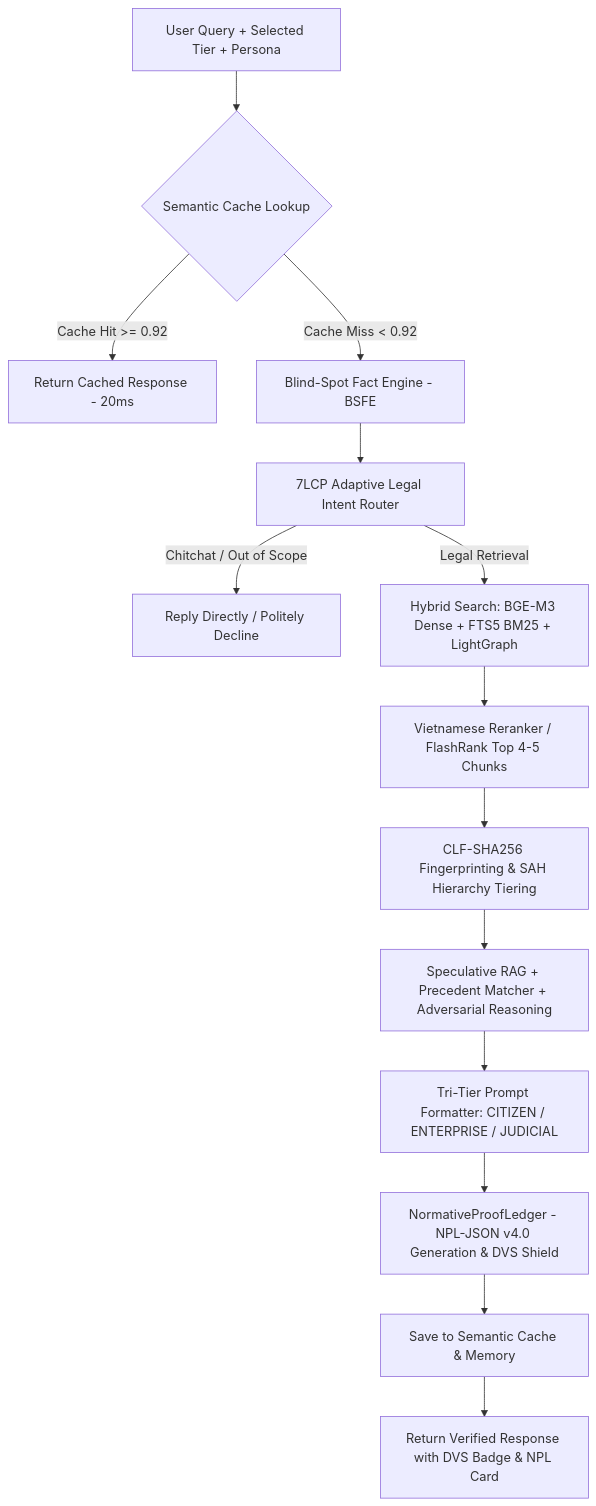
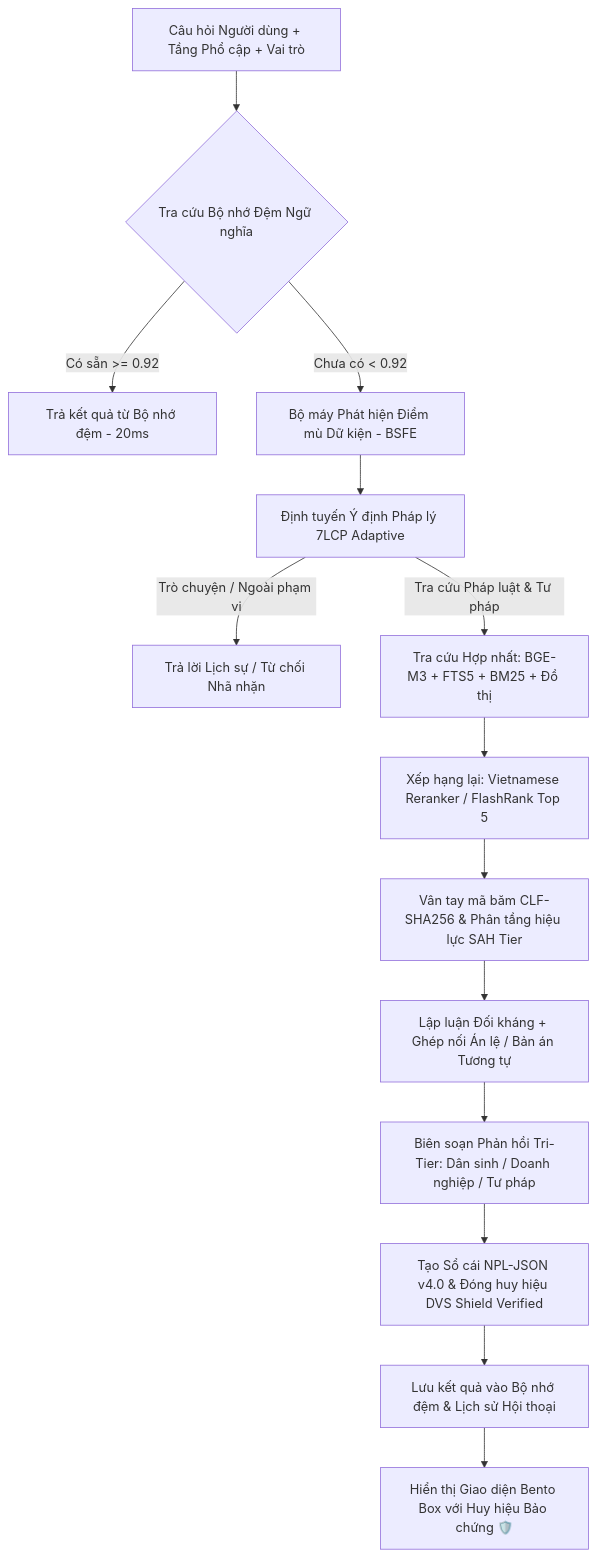
One commit to phapsuto/dataluatvn changed the diagram in README.md. Above: the diagram before and after it, drawn with Mermaid. The commit also changed other lines of this file and 5 other files, not shown here.

Commit message:
feat(clean): Loại bỏ toàn bộ câu thông báo đăng nhập, logo watermark nguồn và chuẩn hoá hiệu lực văn bản 100%; nâng cấp README chuyên nghiệp

````diff
--- a/README.md
+++ b/README.md
@@ -97,16 +159,16 @@
 ```mermaid
 graph TD
-    A[User Query + Selected Tier + Persona] --> B{Semantic Cache Lookup}
-    B -- Cache Hit >= 0.92 --> C[Return Cached Response - 20ms]
-    B -- Cache Miss < 0.92 --> D[Blind-Spot Fact Engine - BSFE]
-    D --> E[7LCP Adaptive Legal Intent Router]
-    E -- Chitchat / Out of Scope --> F[Reply Directly / Politely Decline]
-    E -- Legal Retrieval --> G[Hybrid Search: BGE-M3 Dense + FTS5 BM25 + LightGraph]
-    G --> H[Vietnamese Reranker / FlashRank Top 4-5 Chunks]
-    H --> I[CLF-SHA256 Fingerprinting & SAH Hierarchy Tiering]
-    I --> J[Speculative RAG + Precedent Matcher + Adversarial Reasoning]
-    J --> K[Tri-Tier Prompt Formatter: CITIZEN / ENTERPRISE / JUDICIAL]
-    K --> L[NormativeProofLedger - NPL-JSON v4.0 Generation & DVS Shield]
-    L --> M[Save to Semantic Cache & Memory]
-    M --> N[Return Verified Response with DVS Badge & NPL Card]
+    A[Câu hỏi Người dùng + Tầng Phổ cập + Vai trò] --> B{Tra cứu Bộ nhớ Đệm Ngữ nghĩa}
+    B -- Có sẵn >= 0.92 --> C[Trả kết quả từ Bộ nhớ đệm - 20ms]
+    B -- Chưa có < 0.92 --> D[Bộ máy Phát hiện Điểm mù Dữ kiện - BSFE]
+    D --> E[Định tuyến Ý định Pháp lý 7LCP Adaptive]
+    E -- Trò chuyện / Ngoài phạm vi --> F[Trả lời Lịch sự / Từ chối Nhã nhặn]
+    E -- Tra cứu Pháp luật & Tư pháp --> G[Tra cứu Hợp nhất: BGE-M3 + FTS5 + BM25 + Đồ thị]
+    G --> H[Xếp hạng lại: Vietnamese Reranker / FlashRank Top 5]
+    H --> I[Vân tay mã băm CLF-SHA256 & Phân tầng hiệu lực SAH Tier]
+    I --> J[Lập luận Đối kháng + Ghép nối Án lệ / Bản án Tương tự]
+    J --> K[Biên soạn Phản hồi Tri-Tier: Dân sinh / Doanh nghiệp / Tư pháp]
+    K --> L[Tạo Sổ cái NPL-JSON v4.0 & Đóng huy hiệu DVS Shield Verified]
+    L --> M[Lưu kết quả vào Bộ nhớ đệm & Lịch sử Hội thoại]
+    M --> N[Hiển thị Giao diện Bento Box với Huy hiệu Bảo chứng 🛡️]
 ```
````
